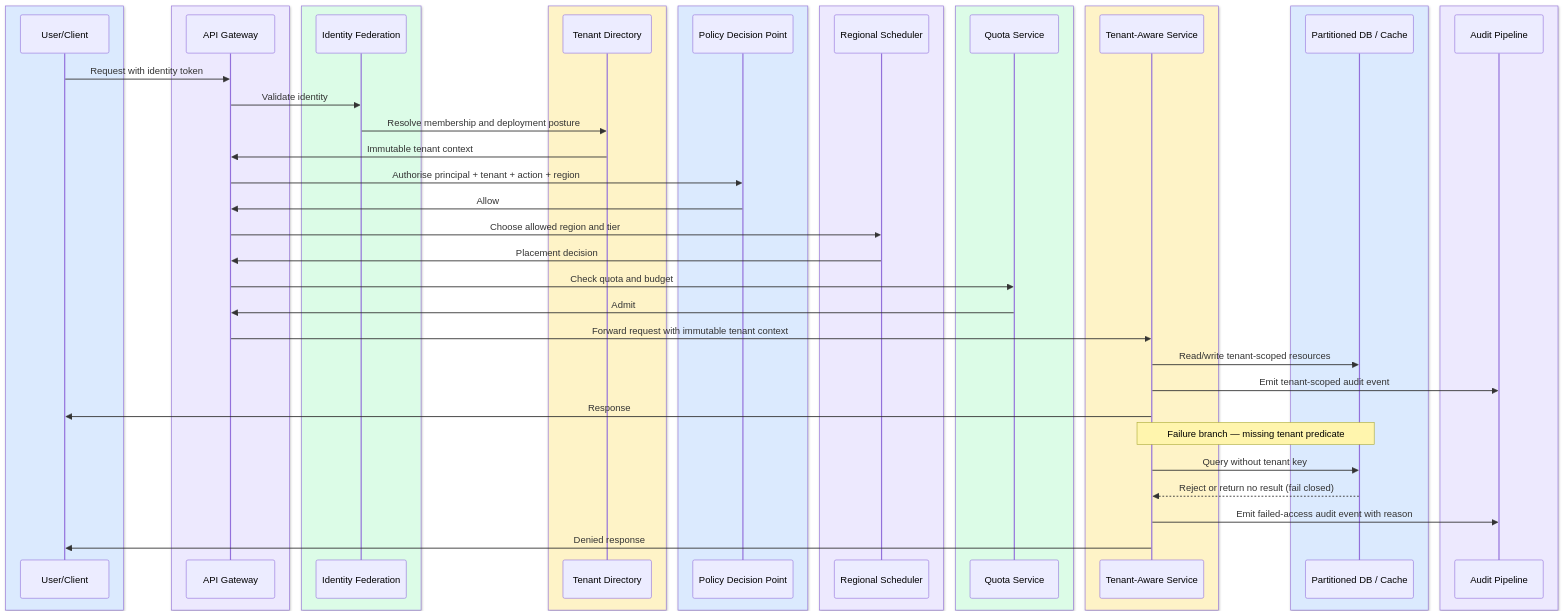
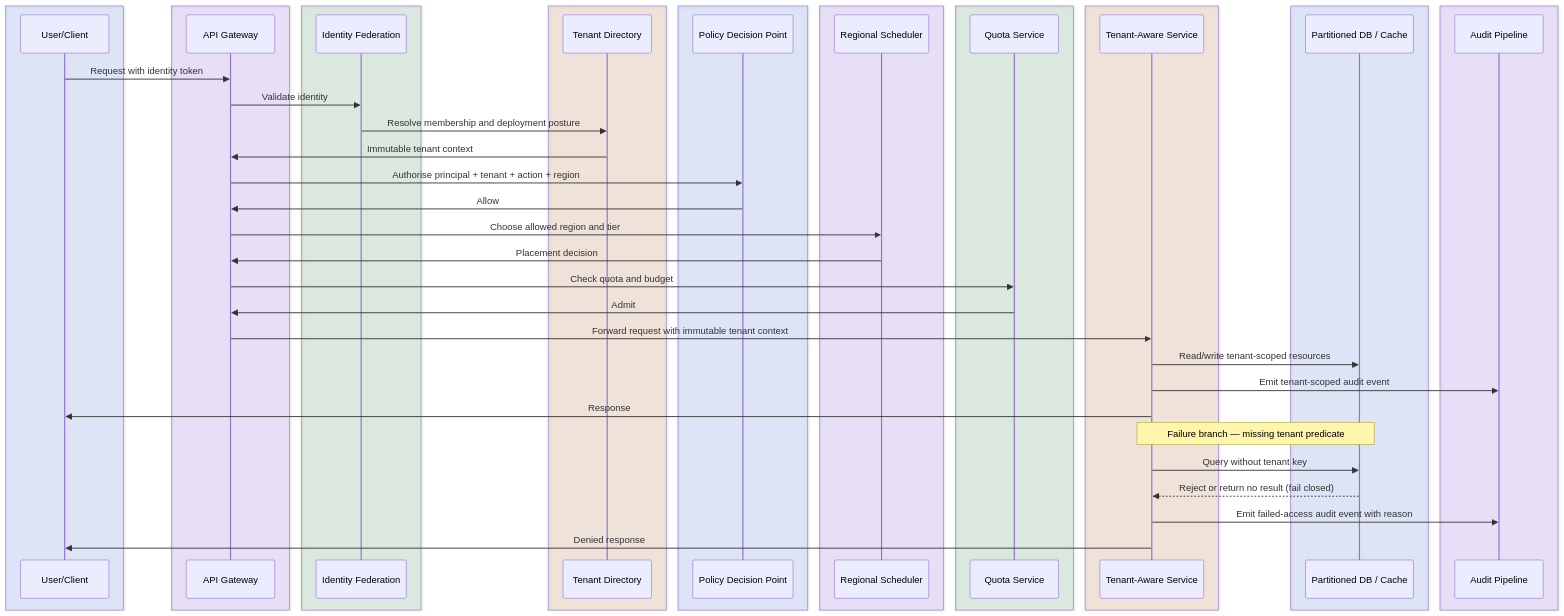
One commit to Sourav692/Forward-Deployed-Engineer-Interview-Prep changed the fifth of 5 diagrams in site/content/modules/15-fde-case-studies/platforms-and-scale/secure-multi-tenant-ai-platform/full-pack-part-2.md. Above: the diagram before and after it, drawn with Mermaid. The commit also changed 49 other files, not shown here.

Commit message:
fix: preserve sequence diagram contrast in both themes

````diff
--- a/site/content/modules/15-fde-case-studies/platforms-and-scale/secure-multi-tenant-ai-platform/full-pack-part-2.md
+++ b/site/content/modules/15-fde-case-studies/platforms-and-scale/secure-multi-tenant-ai-platform/full-pack-part-2.md
@@ -203,52 +203,52 @@
 ```mermaid
 sequenceDiagram
-    box rgb(219,234,254)
+    box rgba(37,99,235,0.12)
         participant User as User/Client
     end
-    box rgb(237,233,254)
+    box rgba(124,58,237,0.12)
         participant GW as API Gateway
     end
-    box rgb(220,252,231)
+    box rgba(21,128,61,0.12)
         participant IF as Identity Federation
     end
-    box rgb(254,243,199)
+    box rgba(180,83,9,0.12)
         participant TD as Tenant Directory
     end
-    box rgb(219,234,254)
+    box rgba(37,99,235,0.12)
         participant PDP as Policy Decision Point
     end
-    box rgb(237,233,254)
+    box rgba(124,58,237,0.12)
         participant RS as Regional Scheduler
     end
-    box rgb(220,252,231)
+    box rgba(21,128,61,0.12)
         participant Q as Quota Service
     end
-    box rgb(254,243,199)
+    box rgba(180,83,9,0.12)
         participant TAS as Tenant-Aware Service
     end
-    box rgb(219,234,254)
+    box rgba(37,99,235,0.12)
         participant DB as Partitioned DB / Cache
     end
-    box rgb(237,233,254)
+    box rgba(124,58,237,0.12)
         participant Audit as Audit Pipeline
     end
     User->>GW: Request with identity token
     GW->>IF: Validate identity
     IF->>TD: Resolve membership and deployment posture
     TD->>GW: Immutable tenant context
     GW->>PDP: Authorise principal + tenant + action + region
     PDP->>GW: Allow
     GW->>RS: Choose allowed region and tier
     RS->>GW: Placement decision
     GW->>Q: Check quota and budget
     Q->>GW: Admit
     GW->>TAS: Forward request with immutable tenant context
     TAS->>DB: Read/write tenant-scoped resources
     TAS->>Audit: Emit tenant-scoped audit event
     TAS->>User: Response
     Note over TAS,DB: Failure branch — missing tenant predicate
     TAS->>DB: Query without tenant key
     DB-->>TAS: Reject or return no result (fail closed)
     TAS->>Audit: Emit failed-access audit event with reason
     TAS->>User: Denied response
 ```
````
